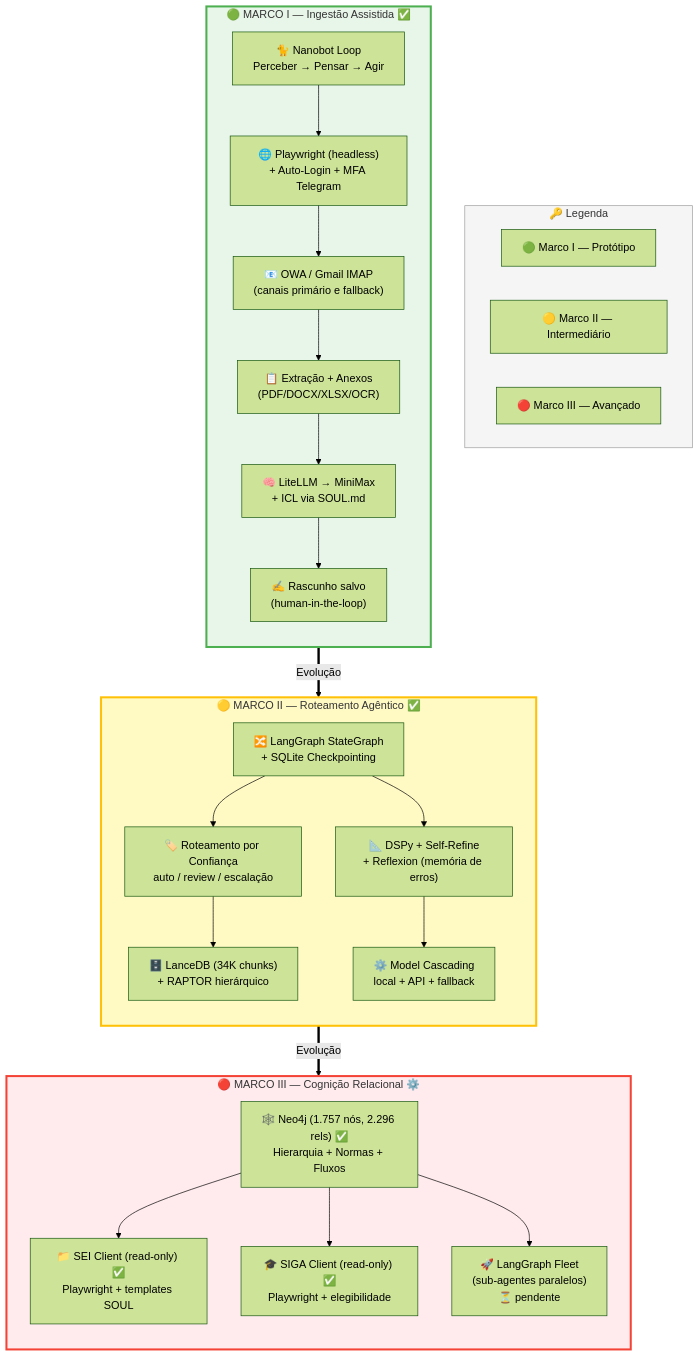
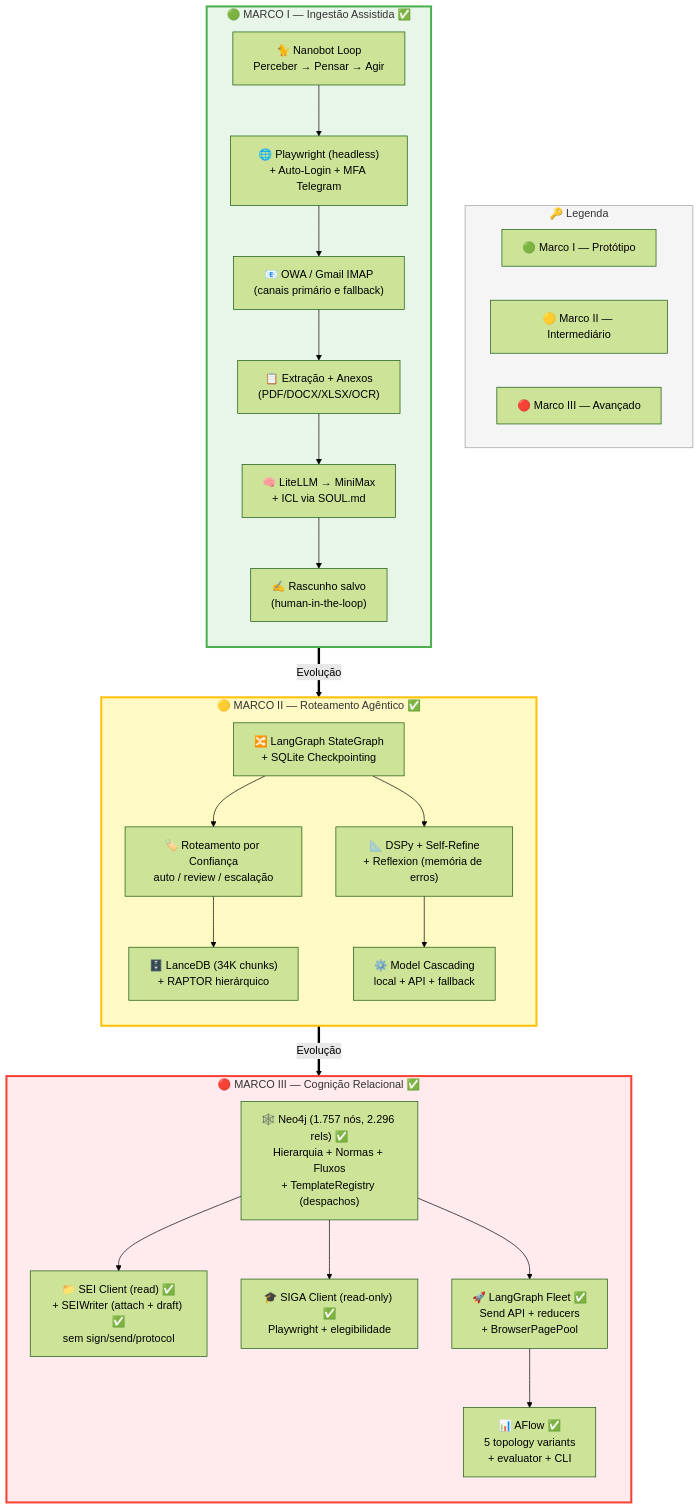
The first of 3 diagrams in ufpr_automation/ARCHITECTURE.md (lucasmsorrentino/automation_nanobot), drawn with Mermaid (forest theme) before and after one commit. The commit also changed other lines of this file and 4 other files, not shown here.

First line of the commit message:
docs(ufpr): Marco III complete — update README, ARCHITECTURE, TASKS, CLAUDE

````diff
--- a/ufpr_automation/ARCHITECTURE.md
+++ b/ufpr_automation/ARCHITECTURE.md
@@ -8,53 +8,55 @@
 ```mermaid
 graph TB
     subgraph LEGEND["🔑 Legenda"]
         direction LR
         L1["🟢 Marco I — Protótipo"]
         L2["🟡 Marco II — Intermediário"]
         L3["🔴 Marco III — Avançado"]
     end
 
     subgraph PHASE1["🟢 MARCO I — Ingestão Assistida ✅"]
         direction TB
         NANOBOT["🐈 Nanobot Loop<br/>Perceber → Pensar → Agir"]
         BROWSER1["🌐 Playwright (headless)<br/>+ Auto-Login + MFA Telegram"]
         OWA1["📧 OWA / Gmail IMAP<br/>(canais primário e fallback)"]
         EXTRACT1["📋 Extração + Anexos<br/>(PDF/DOCX/XLSX/OCR)"]
         LLM1["🧠 LiteLLM → MiniMax<br/>+ ICL via SOUL.md"]
         DRAFT1["✍️ Rascunho salvo<br/>(human-in-the-loop)"]
 
         NANOBOT --> BROWSER1 --> OWA1 --> EXTRACT1 --> LLM1 --> DRAFT1
     end
 
     subgraph PHASE2["🟡 MARCO II — Roteamento Agêntico ✅"]
         direction TB
         LANGGRAPH2["🔀 LangGraph StateGraph<br/>+ SQLite Checkpointing"]
         VECTORDB["🗄️ LanceDB (34K chunks)<br/>+ RAPTOR hierárquico"]
         DSPY["📐 DSPy + Self-Refine<br/>+ Reflexion (memória de erros)"]
         ROUTER["🏷️ Roteamento por Confiança<br/>auto / review / escalação"]
         CASCADE["⚙️ Model Cascading<br/>local + API + fallback"]
 
         LANGGRAPH2 --> ROUTER --> VECTORDB
         LANGGRAPH2 --> DSPY --> CASCADE
     end
 
-    subgraph PHASE3["🔴 MARCO III — Cognição Relacional ⚙️"]
+    subgraph PHASE3["🔴 MARCO III — Cognição Relacional ✅"]
         direction TB
-        NEO4J["🕸️ Neo4j (1.757 nós, 2.296 rels) ✅<br/>Hierarquia + Normas + Fluxos"]
-        SEI_M["📁 SEI Client (read-only) ✅<br/>Playwright + templates SOUL"]
+        NEO4J["🕸️ Neo4j (1.757 nós, 2.296 rels) ✅<br/>Hierarquia + Normas + Fluxos<br/>+ TemplateRegistry (despachos)"]
+        SEI_M["📁 SEI Client (read) ✅<br/>+ SEIWriter (attach + draft) ✅<br/>sem sign/send/protocol"]
         SIGA_M["🎓 SIGA Client (read-only) ✅<br/>Playwright + elegibilidade"]
-        FLEET["🚀 LangGraph Fleet<br/>(sub-agentes paralelos)<br/>⏳ pendente"]
+        FLEET["🚀 LangGraph Fleet ✅<br/>Send API + reducers<br/>+ BrowserPagePool"]
+        AFLOW["📊 AFlow ✅<br/>5 topology variants<br/>+ evaluator + CLI"]
 
         NEO4J --> SEI_M
         NEO4J --> SIGA_M
         NEO4J --> FLEET
+        FLEET --> AFLOW
     end
 
     PHASE1 ==>|"Evolução"| PHASE2
     PHASE2 ==>|"Evolução"| PHASE3
 
     style PHASE1 fill:#e8f5e9,stroke:#4caf50,stroke-width:3px
     style PHASE2 fill:#fff9c4,stroke:#ffc107,stroke-width:3px
     style PHASE3 fill:#ffebee,stroke:#f44336,stroke-width:3px
     style LEGEND fill:#f5f5f5,stroke:#9e9e9e,stroke-width:1px
 ```
````
